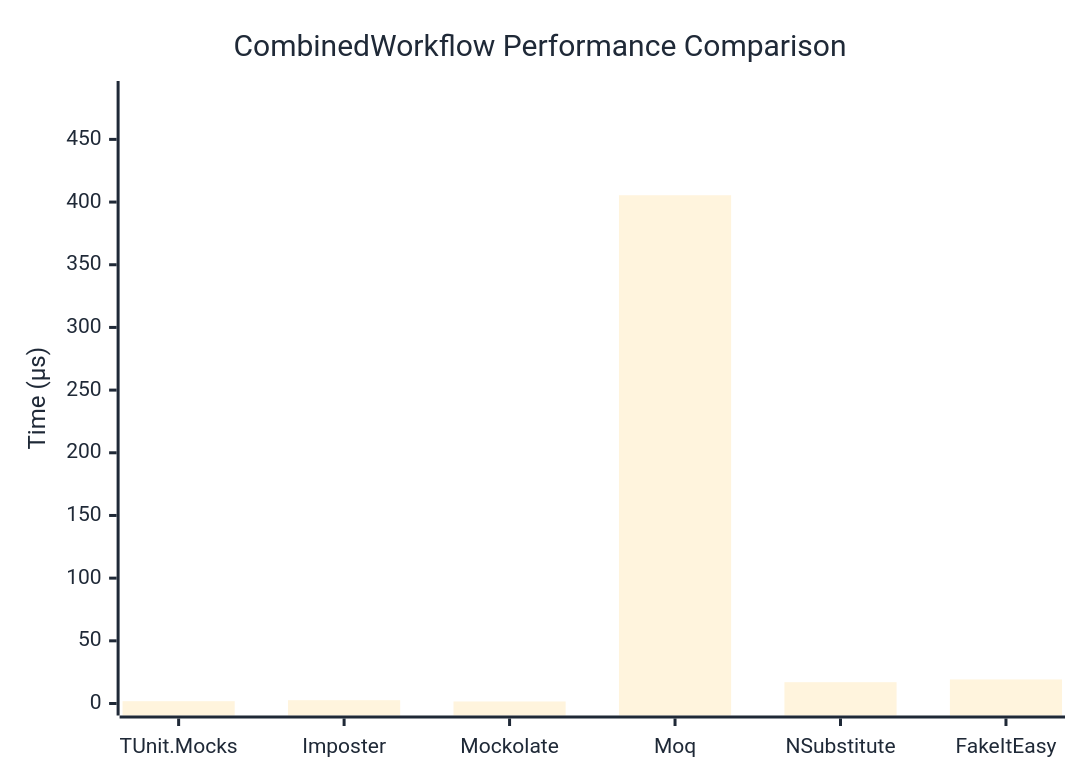
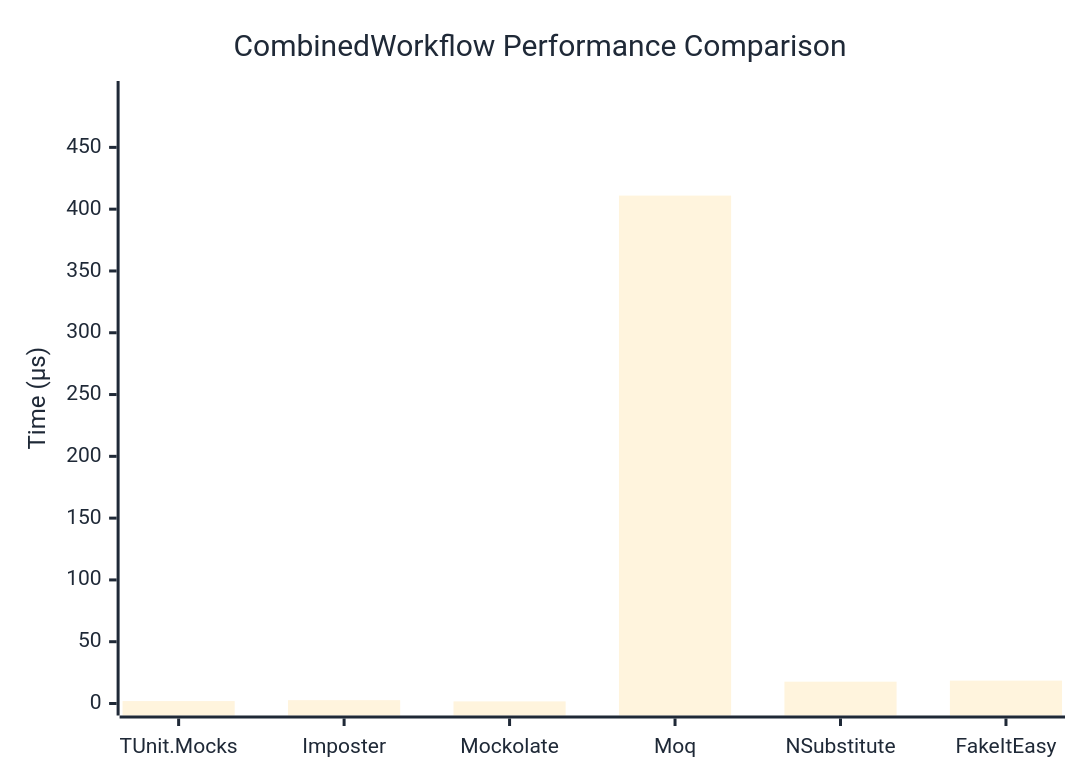
One commit to thomhurst/TUnit changed the diagram in docs/docs/benchmarks/mocks/CombinedWorkflow.md. Above: the diagram before and after it, drawn with Mermaid. The commit also changed other lines of this file and 14 other files, not shown here.

````diff
--- a/docs/docs/benchmarks/mocks/CombinedWorkflow.md
+++ b/docs/docs/benchmarks/mocks/CombinedWorkflow.md
@@ -30,27 +30,27 @@
 ```mermaid
 %%{init: {
   'theme':'base',
   'themeVariables': {
     'primaryColor': '#2563eb',
     'primaryTextColor': '#1f2937',
     'primaryBorderColor': '#1e40af',
     'lineColor': '#6b7280',
     'secondaryColor': '#7c3aed',
     'tertiaryColor': '#dc2626',
     'background': '#ffffff',
     'pie1': '#2563eb',
     'pie2': '#7c3aed',
     'pie3': '#dc2626',
     'pie4': '#f59e0b',
     'pie5': '#10b981',
     'pie6': '#06b6d4',
     'pie7': '#ec4899',
     'pie8': '#6366f1'
   }
 }}%%
 xychart-beta
   title "CombinedWorkflow Performance Comparison"
   x-axis ["TUnit.Mocks", "Imposter", "Mockolate", "Moq", "NSubstitute", "FakeItEasy"]
-  y-axis "Time (μs)" 0 --> 487
-  bar [1.855, 2.639, 1.609, 405.447, 17.009, 19.196]
+  y-axis "Time (μs)" 0 --> 494
+  bar [1.962, 2.709, 1.696, 410.977, 17.649, 18.513]
 ```
````
